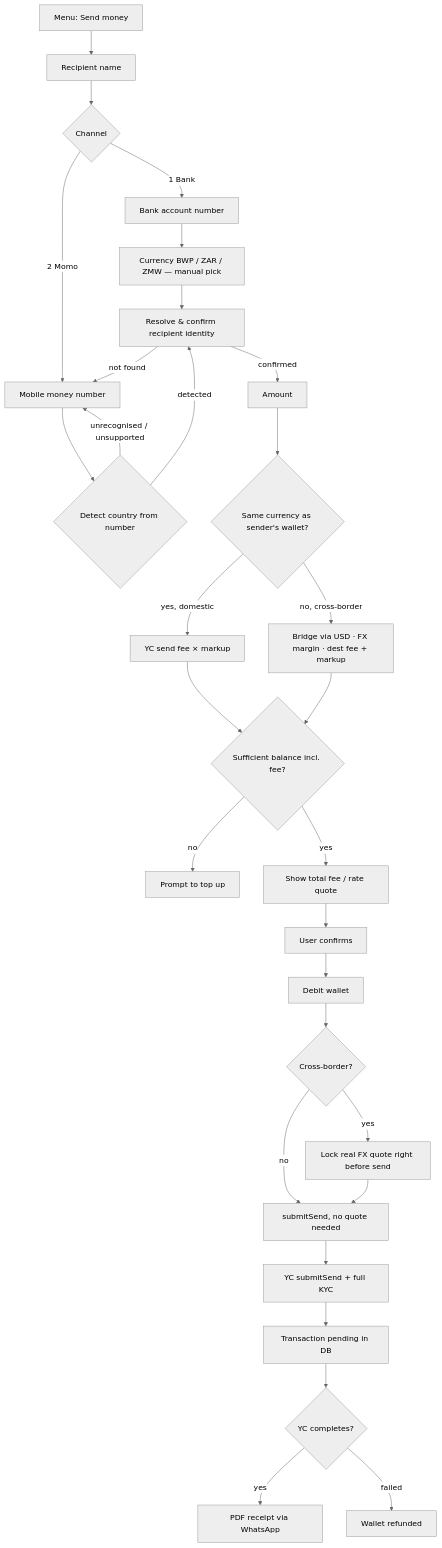
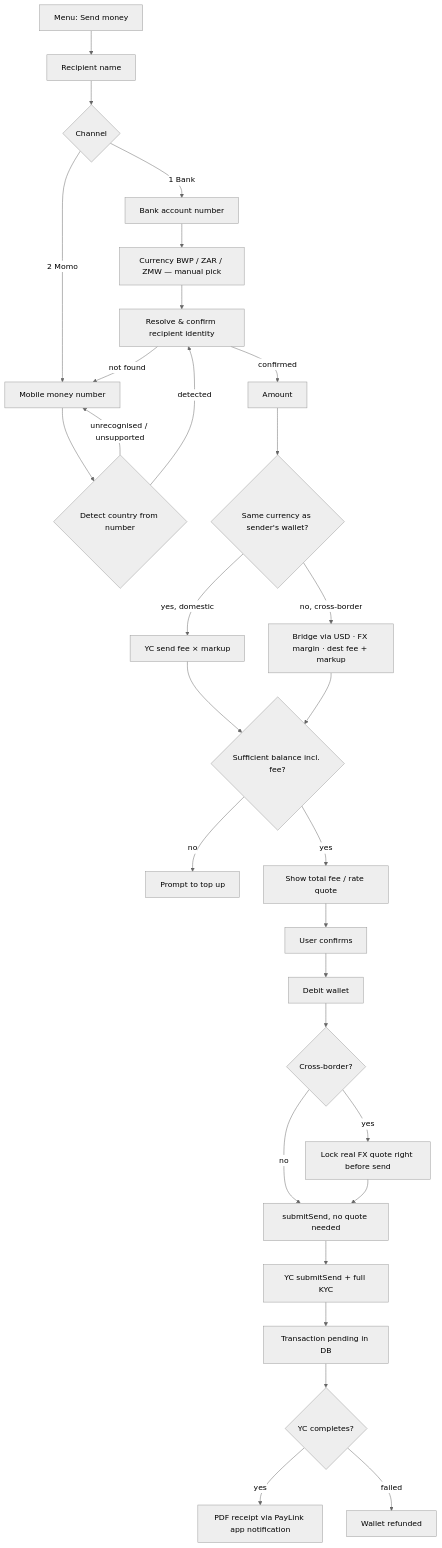
The third of 4 diagrams in README.md (Brusselsmara/whatsapp-bot-automated), drawn with Mermaid (neutral theme) before and after one commit. The commit also changed other lines of this file and 19 other files, not shown here.

````diff
--- a/README.md
+++ b/README.md
@@ -327,32 +327,32 @@
 ```mermaid
 flowchart TD
     A[Menu: Send money] --> B[Recipient name]
     B --> C{Channel}
     C -->|1 Bank| D[Bank account number]
     C -->|2 Momo| E[Mobile money number]
     D --> F[Currency BWP / ZAR / ZMW — manual pick]
     E --> G{Detect country from number}
     G -->|unrecognised / unsupported| E
     G -->|detected| H2[Resolve & confirm recipient identity]
     F --> H2
     H2 -->|not found| E
     H2 -->|confirmed| H[Amount]
     H --> I{Same currency as sender's wallet?}
     I -->|yes, domestic| J[YC send fee × markup]
     I -->|no, cross-border| K[Bridge via USD · FX margin · dest fee + markup]
     J --> L{Sufficient balance incl. fee?}
     K --> L
     L -->|no| M[Prompt to top up]
     L -->|yes| N[Show total fee / rate quote]
     N --> O[User confirms]
     O --> P[Debit wallet]
     P --> Q{Cross-border?}
     Q -->|yes| R[Lock real FX quote right before send]
     Q -->|no| S[submitSend, no quote needed]
     R --> S
     S --> T[YC submitSend + full KYC]
     T --> V[Transaction pending in DB]
     V --> W{YC completes?}
-    W -->|yes| X[PDF receipt via WhatsApp]
+    W -->|yes| X[PDF receipt via PayLink app notification]
     W -->|failed| Y[Wallet refunded]
 ```
````
